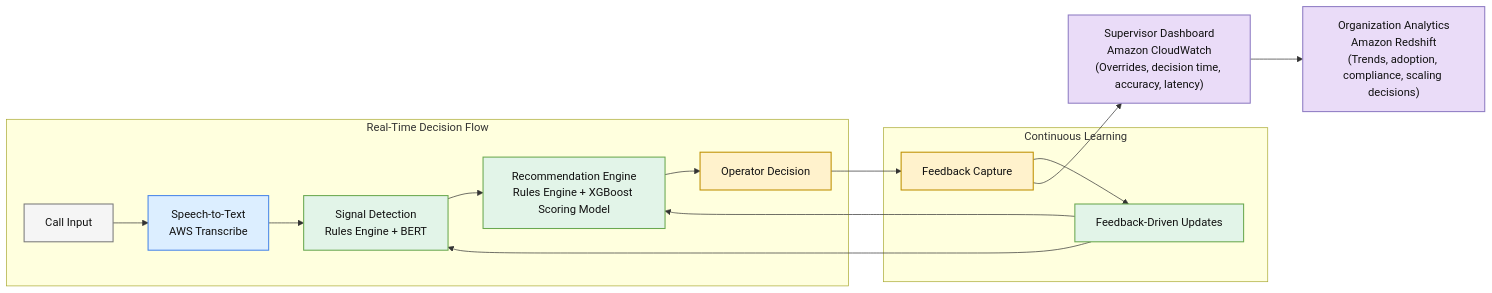
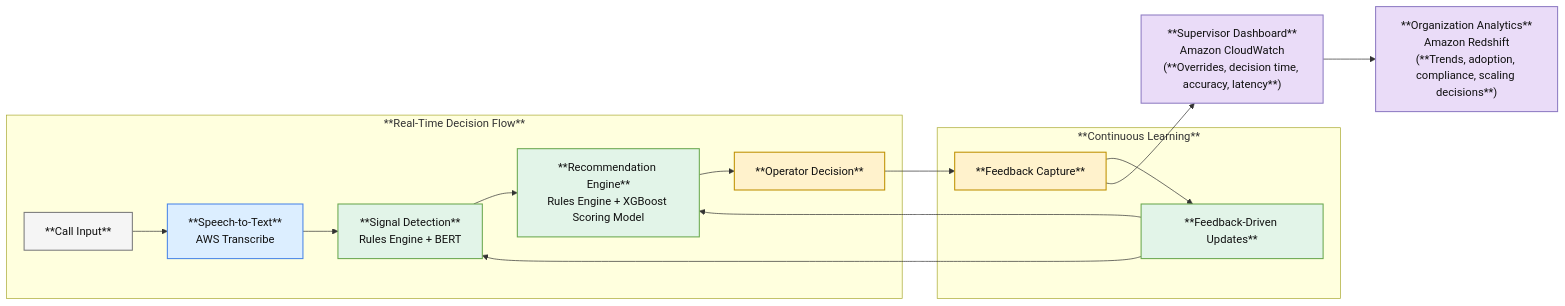
One commit to SanthiyaSathasivam/ai-agent-assist-emergency-response changed the second of 2 diagrams in README.md. Above: the diagram before and after it, drawn with Mermaid.

````diff
--- a/README.md
+++ b/README.md
@@ -129,40 +129,40 @@
 ```mermaid
 flowchart LR
 
-subgraph RT["Real-Time Decision Flow"]
-    A["Call Input"]
-    B["Speech-to-Text<br/>AWS Transcribe"]
-    C["Signal Detection<br/>Rules Engine + BERT"]
-    D["Recommendation Engine<br/>Rules Engine + XGBoost Scoring Model"]
-    E["Operator Decision"]
+subgraph RT["**Real-Time Decision Flow**"]
+    A["**Call Input**"]
+    B["**Speech-to-Text**<br/>AWS Transcribe"]
+    C["**Signal Detection**<br/>Rules Engine + BERT"]
+    D["**Recommendation Engine**<br/>Rules Engine + XGBoost Scoring Model"]
+    E["**Operator Decision**"]
     A --> B --> C --> D --> E
 end
 
-subgraph CL["Continuous Learning"]
-    F["Feedback Capture"]
-    G["Feedback-Driven Updates"]
+subgraph CL["**Continuous Learning**"]
+    F["**Feedback Capture**"]
+    G["**Feedback-Driven Updates**"]
     F --> G --> C
     G --> D
 end
 
 E --> F
 
-H["Supervisor Dashboard<br/>Amazon CloudWatch<br/>(Overrides, decision time, accuracy, latency)"]
-I["Organization Analytics<br/>Amazon Redshift<br/>(Trends, adoption, compliance, scaling decisions)"]
+H["**Supervisor Dashboard**<br/>Amazon CloudWatch<br/>(**Overrides, decision time, accuracy, latency**)"]
+I["**Organization Analytics**<br/>Amazon Redshift<br/>(**Trends, adoption, compliance, scaling decisions**)"]
 
 F --> H
 H --> I
 
 classDef input fill:#f5f5f5,stroke:#7a7a7a,stroke-width:1.5px,color:#111111;
 classDef ml fill:#dceeff,stroke:#4a86e8,stroke-width:1.5px,color:#111111;
 classDef hybrid fill:#e2f4e8,stroke:#6aa84f,stroke-width:1.5px,color:#111111;
 classDef user fill:#fff2cc,stroke:#bf9000,stroke-width:1.5px,color:#111111;
 classDef insight fill:#eadcf8,stroke:#8e7cc3,stroke-width:1.5px,color:#111111;
 
 class A input;
 class B ml;
 class C,D,G hybrid;
 class E,F user;
 class H,I insight;
   
 ```
````
